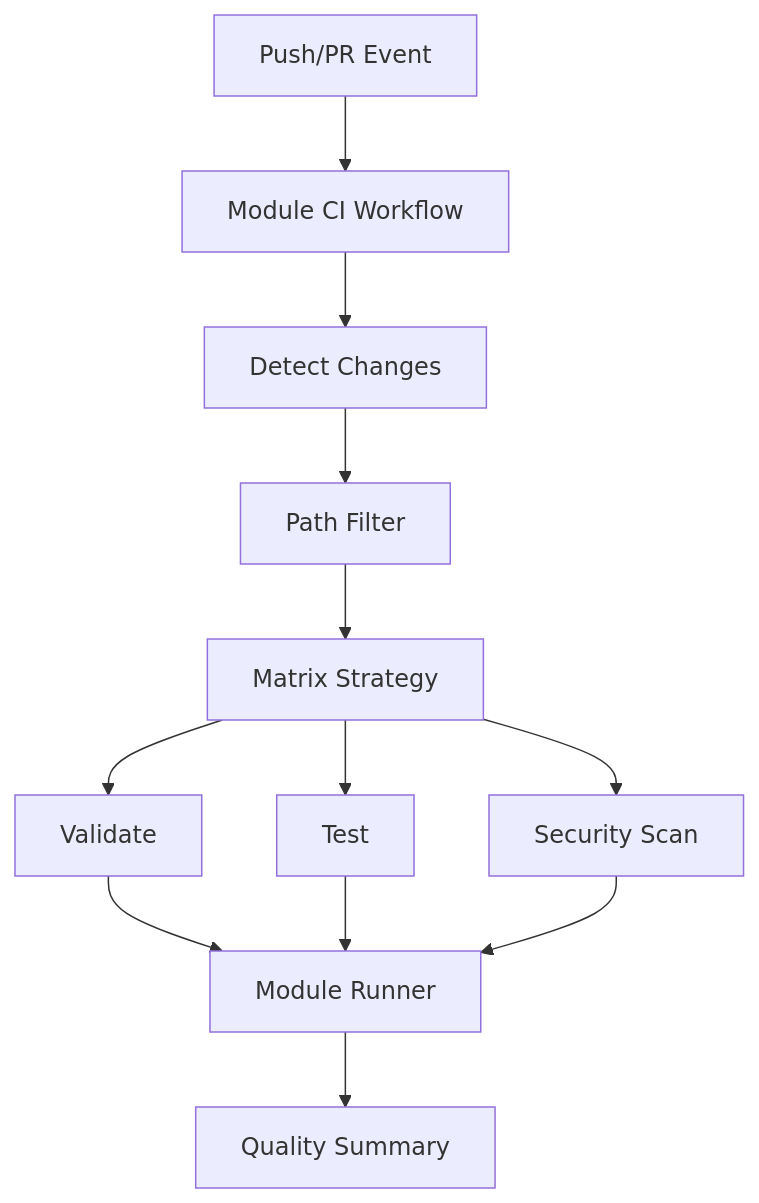
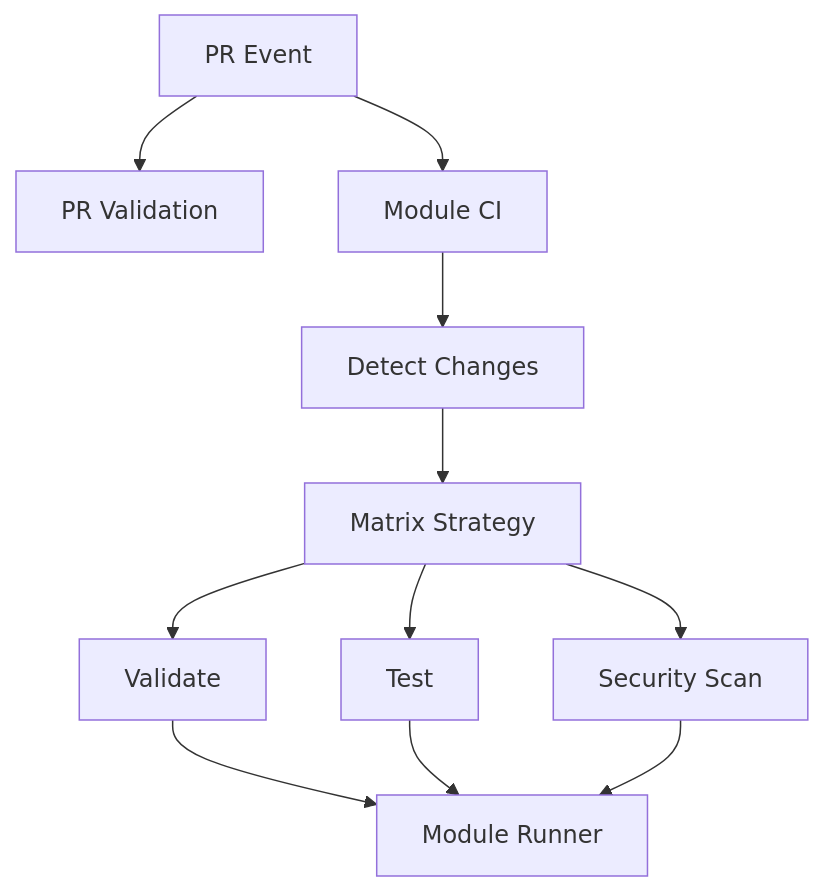
Before and after one commit to PatrykIti/azurerm-terraform-modules: the first of 3 diagrams in docs/WORKFLOWS.md, drawn with Mermaid. The commit also changed other lines of this file and 32 other files, not shown here.

````diff
--- a/docs/WORKFLOWS.md
+++ b/docs/WORKFLOWS.md
@@ -20,14 +22,13 @@
 ```mermaid
 graph TD
-    A[Push/PR Event] --> B[Module CI Workflow]
-    B --> C[Detect Changes]
-    C --> D[Path Filter]
+    A[PR Event] --> B[PR Validation]
+    A --> C[Module CI]
+    C --> D[Detect Changes]
     D --> E[Matrix Strategy]
     E --> F[Validate]
     E --> G[Test]
     E --> H[Security Scan]
     F --> I[Module Runner]
     G --> I
     H --> I
-    I --> J[Quality Summary]
 ```
````
